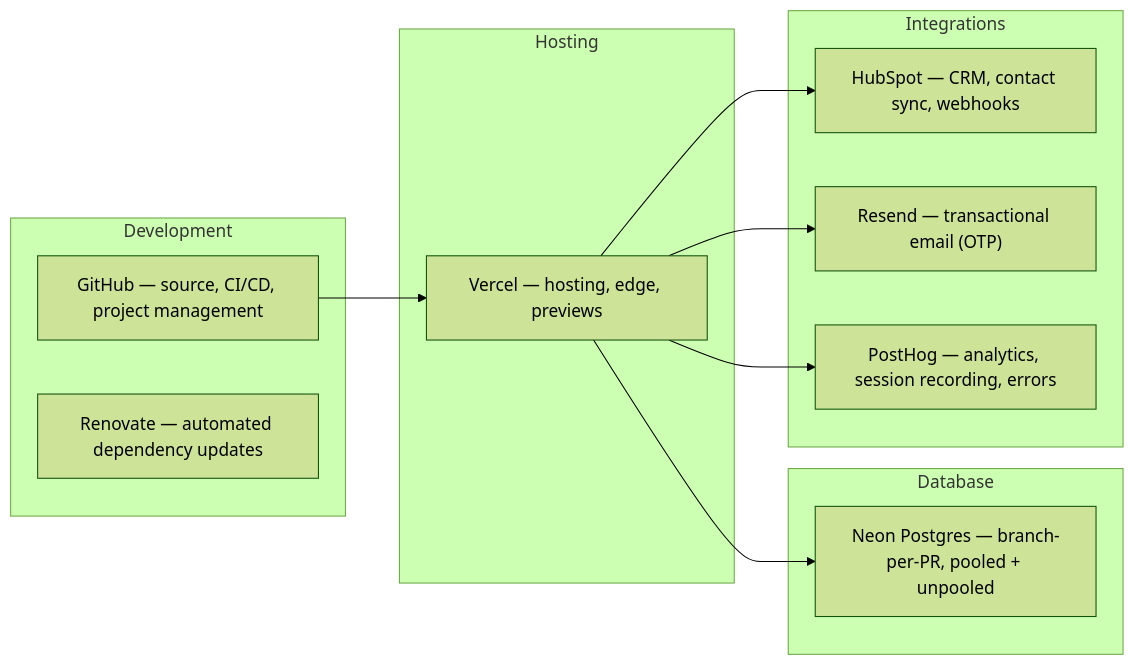
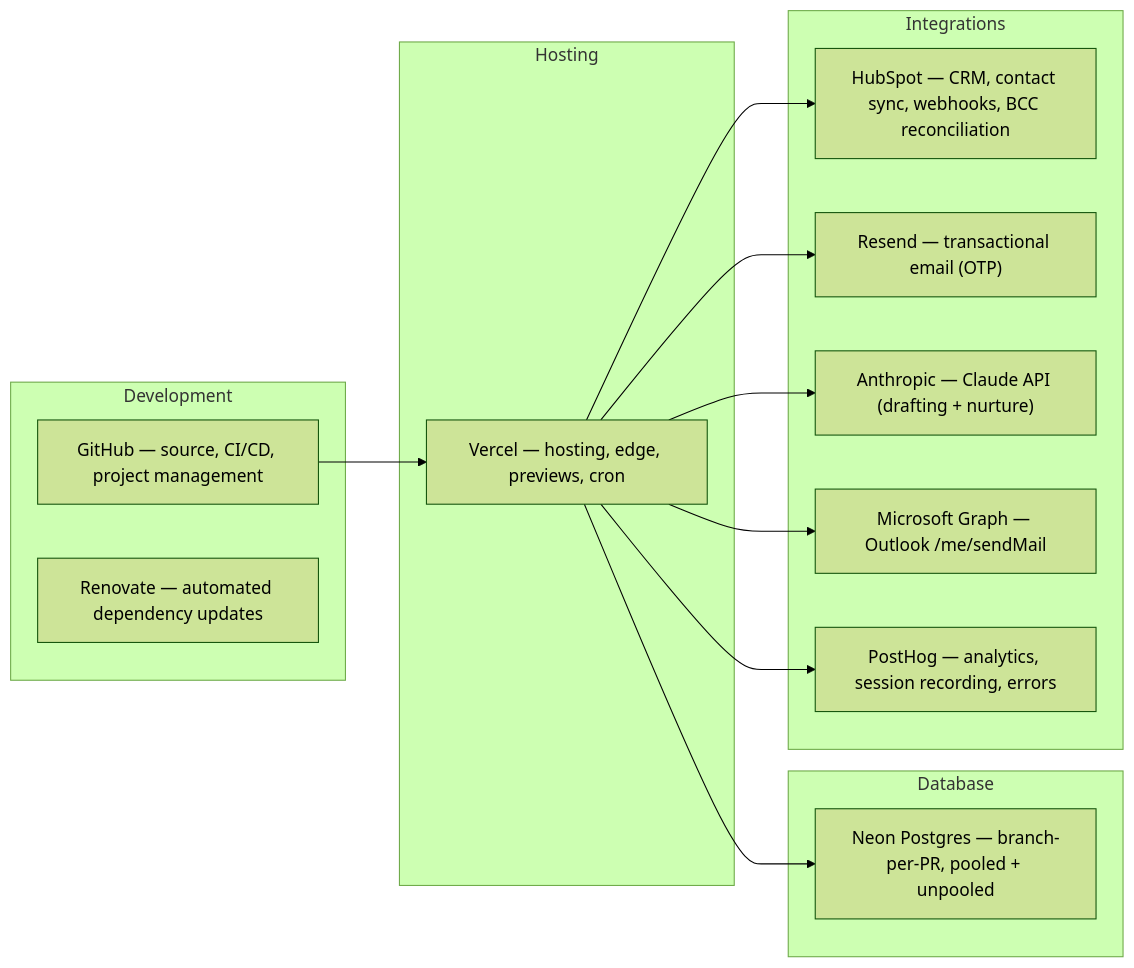
One commit to samjmarshall/rekurve changed the second of 4 diagrams in docs/README.md. Above: the diagram before and after it, drawn with Mermaid (forest theme). The commit also changed other lines of this file and 139 other files, not shown here.

````diff
--- a/docs/README.md
+++ b/docs/README.md
@@ -36,27 +51,31 @@
 ```mermaid
 graph LR
     subgraph Hosting
-        Vercel["Vercel — hosting, edge, previews"]
+        Vercel["Vercel — hosting, edge, previews, cron"]
     end
 
     subgraph Database
         Neon["Neon Postgres — branch-per-PR, pooled + unpooled"]
     end
 
     subgraph Integrations
-        HubSpot["HubSpot — CRM, contact sync, webhooks"]
+        HubSpot["HubSpot — CRM, contact sync, webhooks, BCC reconciliation"]
         Resend["Resend — transactional email (OTP)"]
+        Anthropic["Anthropic — Claude API (drafting + nurture)"]
+        MSGraph["Microsoft Graph — Outlook /me/sendMail"]
         PostHog["PostHog — analytics, session recording, errors"]
     end
 
     subgraph Development
         GitHub["GitHub — source, CI/CD, project management"]
         Renovate["Renovate — automated dependency updates"]
     end
 
     Vercel --> Neon
     Vercel --> HubSpot
     Vercel --> Resend
+    Vercel --> Anthropic
+    Vercel --> MSGraph
     Vercel --> PostHog
     GitHub --> Vercel
 ```
````
